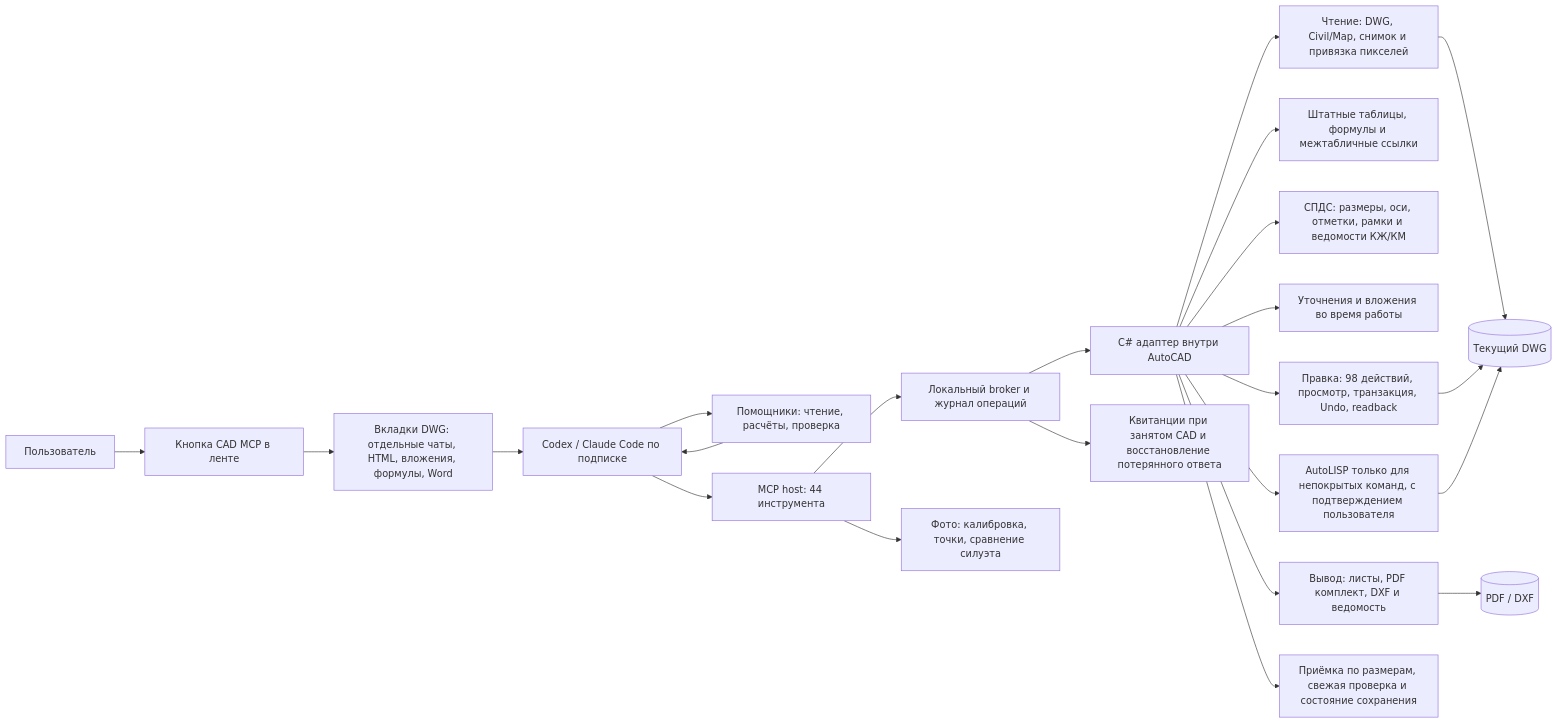
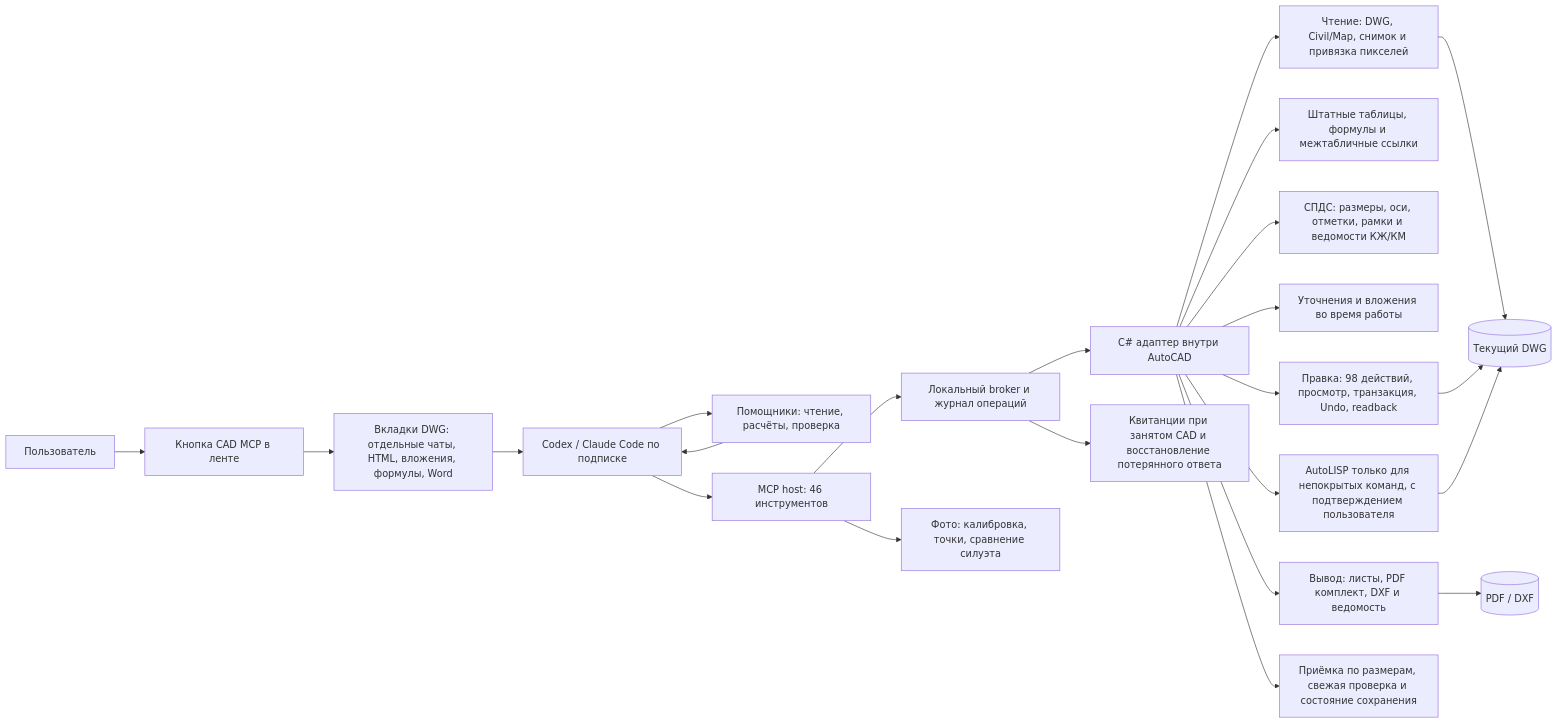
Before and after one commit to debug23win/autocad-mcp: the diagram in docs/capabilities.md, drawn with Mermaid. The commit also changed 14 other files, not shown here.

````diff
--- a/docs/capabilities.md
+++ b/docs/capabilities.md
@@ -3,25 +3,25 @@
 ```mermaid
 flowchart LR
     U[Пользователь] --> R[Кнопка CAD MCP в ленте]
     R --> C[Вкладки DWG: отдельные чаты, HTML, вложения, формулы, Word]
     C --> P[Codex / Claude Code по подписке]
     P --> H[Помощники: чтение, расчёты, проверка]
     H --> P
-    P --> M[MCP host: 44 инструмента]
+    P --> M[MCP host: 46 инструментов]
     M --> B[Локальный broker и журнал операций]
     B --> A[C# адаптер внутри AutoCAD]
     A --> Q[Чтение: DWG, Civil/Map, снимок и привязка пикселей]
     A --> T[Штатные таблицы, формулы и межтабличные ссылки]
     A --> G[СПДС: размеры, оси, отметки, рамки и ведомости КЖ/КМ]
     A --> S[Уточнения и вложения во время работы]
     A --> E[Правка: 98 действий, просмотр, транзакция, Undo, readback]
     A --> X[Вывод: листы, PDF комплект, DXF и ведомость]
     A --> F[AutoLISP только для непокрытых команд, с подтверждением пользователя]
     M --> V[Фото: калибровка, точки, сравнение силуэта]
     A --> K[Приёмка по размерам, свежая проверка и состояние сохранения]
     B --> J[Квитанции при занятом CAD и восстановление потерянного ответа]
     Q --> D[(Текущий DWG)]
     E --> D
     X --> O[(PDF / DXF)]
     F --> D
 ```
````
